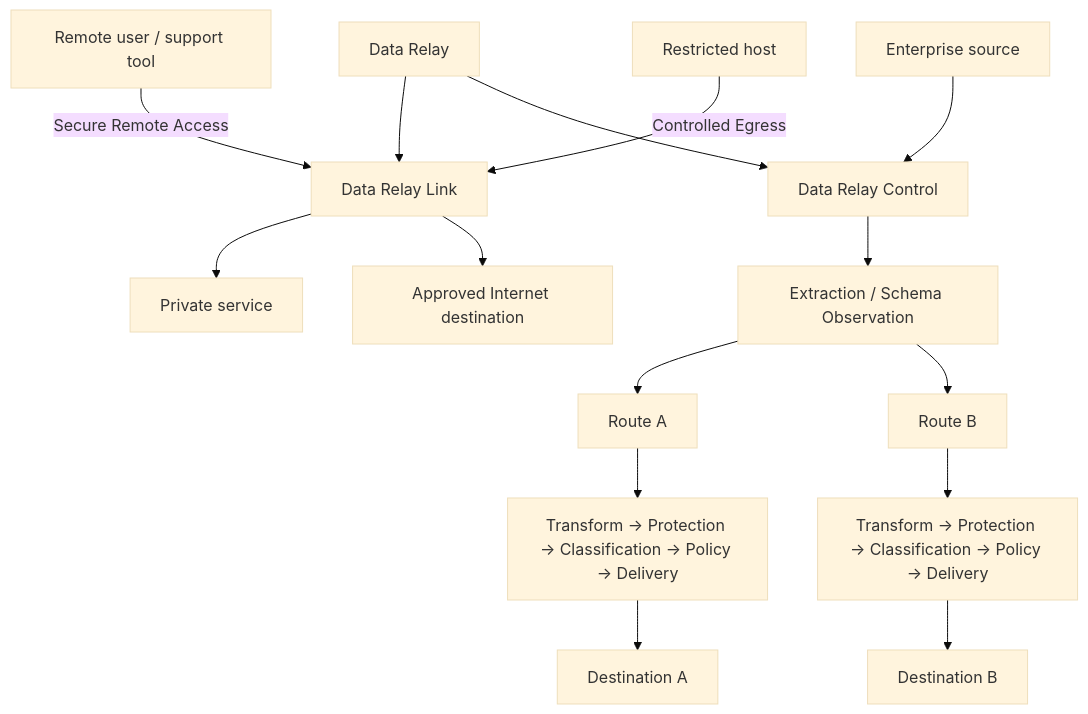
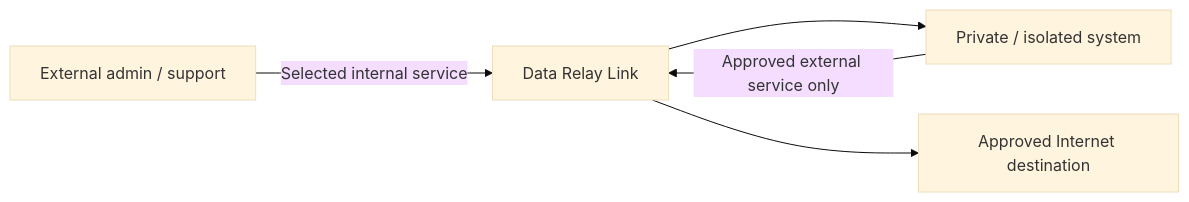
The first of 2 diagrams in platform/architecture.mdx (datarelay-labs/data-relay-docs), drawn with Mermaid (base theme) before and after one commit. The commit also changed other lines of this file and 12 other files, not shown here.

First line of the commit message:
Correct Data Relay Link and Control positioning

````diff
--- a/platform/architecture.mdx
+++ b/platform/architecture.mdx
@@ -10,21 +14,7 @@
 ```mermaid
-flowchart TB
-    DR[Data Relay]
-
-    DR --> L[Data Relay Link]
-    DR --> C[Data Relay Control]
-
-    RU[Remote user / support tool] -->|Secure Remote Access| L
-    RH[Restricted host] -->|Controlled Egress| L
-    L --> PS[Private service]
-    L --> AI[Approved Internet destination]
-
-    SRC[Enterprise source] --> C
-    C --> OBS[Extraction / Schema Observation]
-    OBS --> RA[Route A]
-    OBS --> RB[Route B]
-    RA --> PA[Transform → Protection → Classification → Policy → Delivery]
-    RB --> PB[Transform → Protection → Classification → Policy → Delivery]
-    PA --> DA[Destination A]
-    PB --> DB[Destination B]
+flowchart LR
+    U[External admin / support] -->|Selected internal service| L[Data Relay Link]
+    L --> P[Private / isolated system]
+    P -->|Approved external service only| L
+    L --> E[Approved Internet destination]
 ```
````
